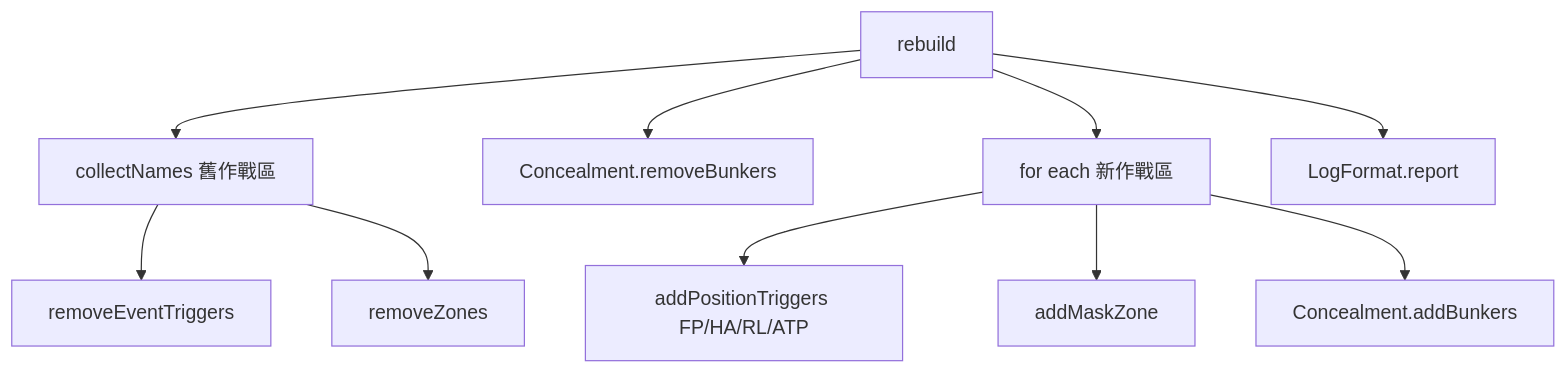
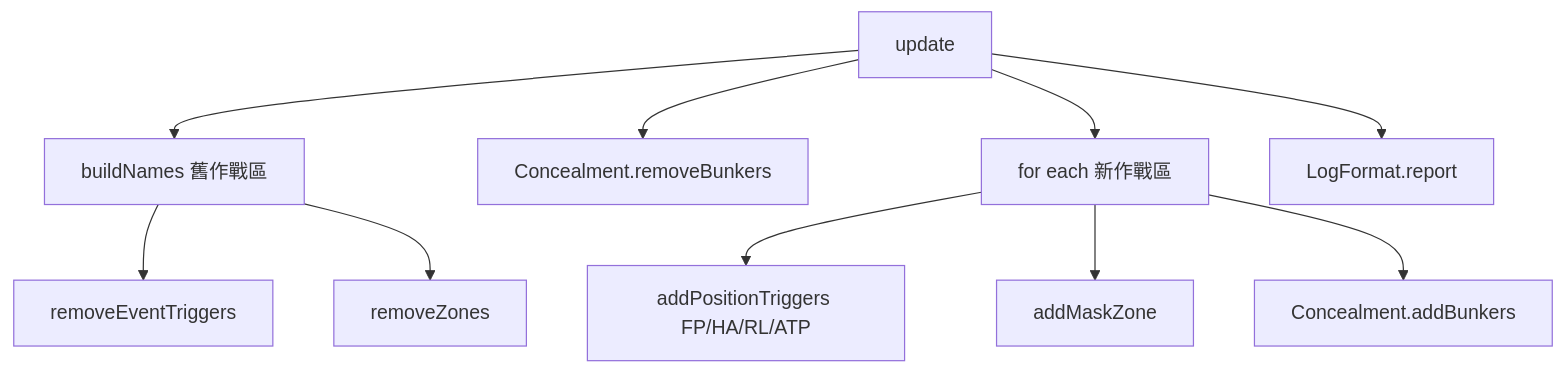
One commit to pullupjumper/formosa-in-flames changed the diagram in docs/missileSystem/positionZones.md. Above: the diagram before and after it, drawn with Mermaid. The commit also changed other lines of this file and 41 other files, not shown here.

````diff
--- a/docs/missileSystem/positionZones.md
+++ b/docs/missileSystem/positionZones.md
@@ -17,12 +17,12 @@
 ```mermaid
 flowchart TD
-    A[rebuild] --> B[collectNames 舊作戰區]
+    A[update] --> B[buildNames 舊作戰區]
     A --> C[Concealment.removeBunkers]
     B --> D[removeEventTriggers]
     B --> E[removeZones]
     A --> F[for each 新作戰區]
     F --> G[addPositionTriggers FP/HA/RL/ATP]
     F --> H[addMaskZone]
     F --> I[Concealment.addBunkers]
     A --> J[LogFormat.report]
 ```
````
